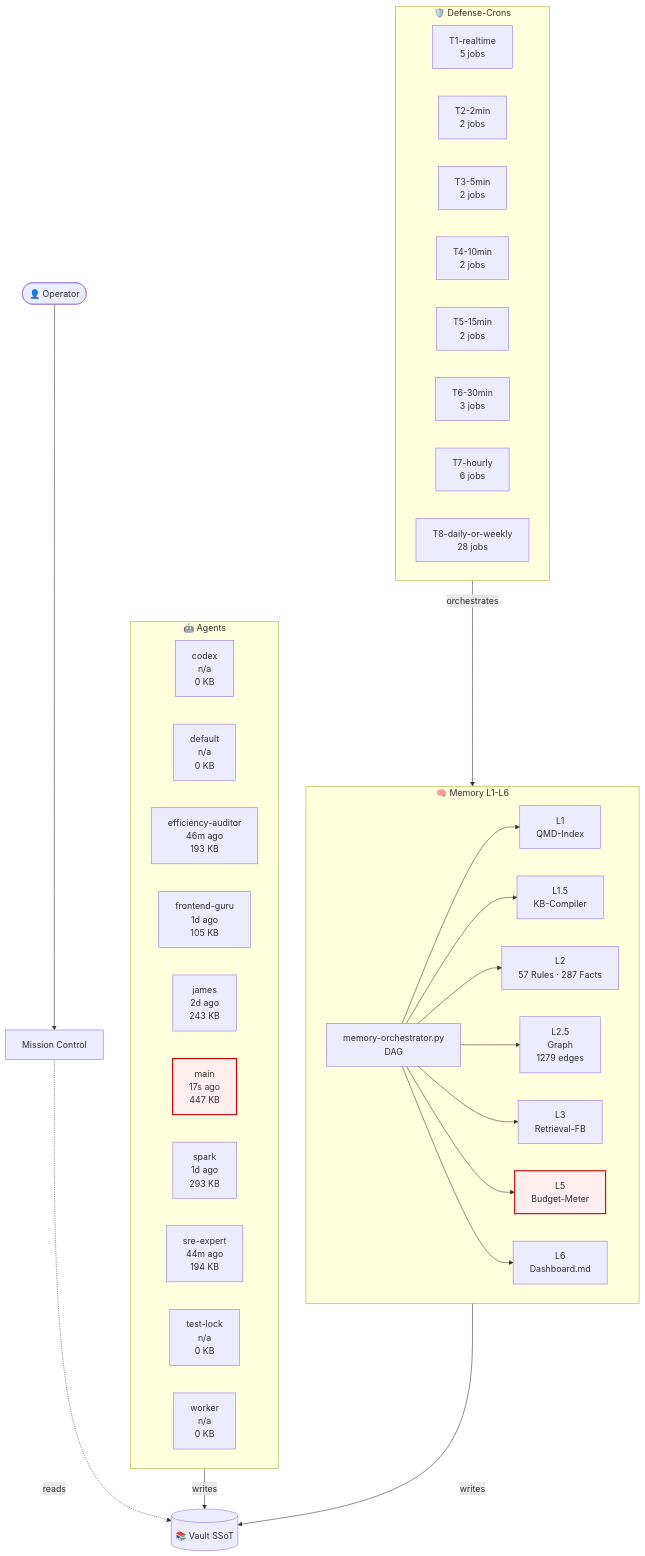
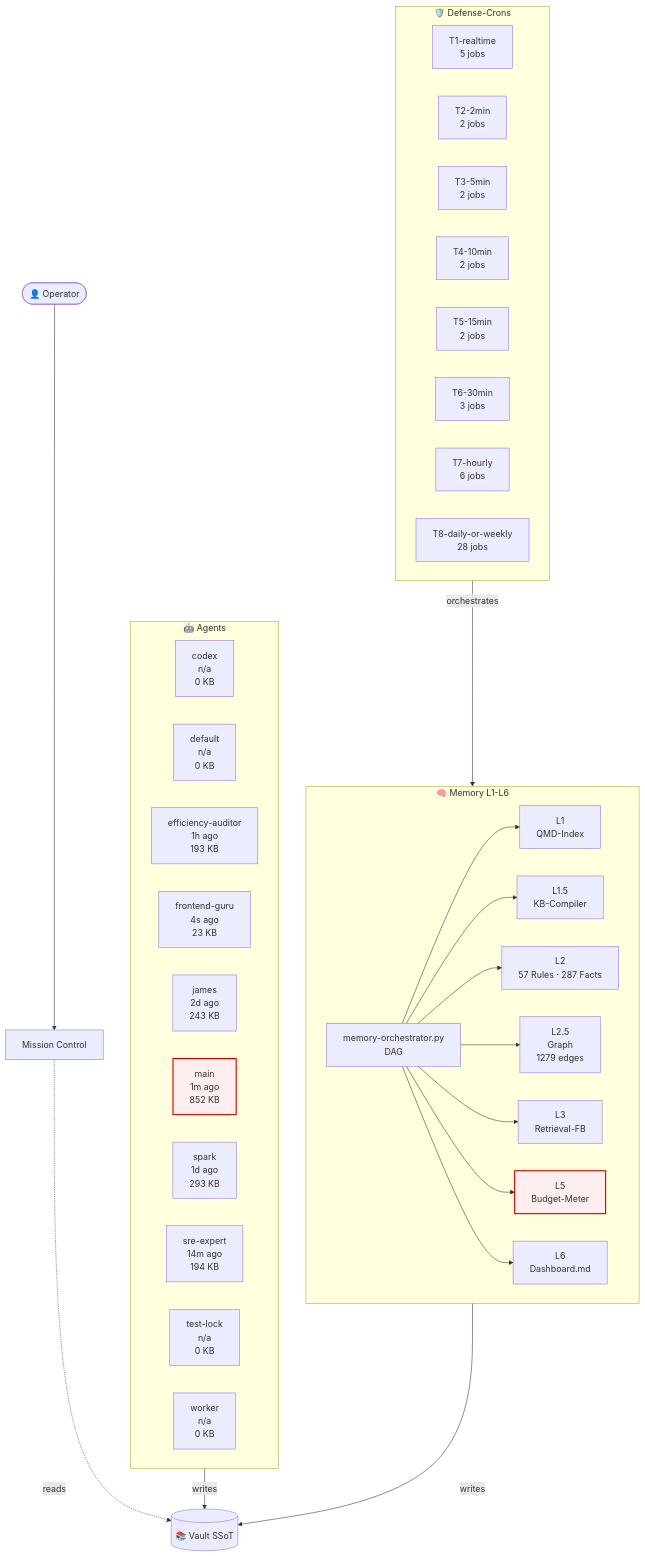
One commit to lenardhuebner88-rgb/openclaw-memory changed the diagram in 03-Agents/architecture-live.md. Above: the diagram before and after it, drawn with Mermaid. The commit also changed other lines of this file and 19 other files, not shown here.

````diff
--- a/03-Agents/architecture-live.md
+++ b/03-Agents/architecture-live.md
@@ -18,53 +18,53 @@
 ```mermaid
 flowchart TB
     classDef critical fill:#fee,stroke:#c00,stroke-width:2px;
     subgraph AGT["🤖 Agents"]
         agent_codex["codex<br/>n/a<br/>0 KB"]
         agent_default["default<br/>n/a<br/>0 KB"]
-        agent_efficiency_auditor["efficiency-auditor<br/>46m ago<br/>193 KB"]
-        agent_frontend_guru["frontend-guru<br/>1d ago<br/>105 KB"]
+        agent_efficiency_auditor["efficiency-auditor<br/>1h ago<br/>193 KB"]
+        agent_frontend_guru["frontend-guru<br/>4s ago<br/>23 KB"]
         agent_james["james<br/>2d ago<br/>243 KB"]
-        agent_main["main<br/>17s ago<br/>447 KB"]
+        agent_main["main<br/>1m ago<br/>852 KB"]
         agent_spark["spark<br/>1d ago<br/>293 KB"]
-        agent_sre_expert["sre-expert<br/>44m ago<br/>194 KB"]
+        agent_sre_expert["sre-expert<br/>14m ago<br/>194 KB"]
         agent_test_lock["test-lock<br/>n/a<br/>0 KB"]
         agent_worker["worker<br/>n/a<br/>0 KB"]
     end
     subgraph MEM["🧠 Memory L1-L6"]
         L1["L1<br/>QMD-Index"]
         L15["L1.5<br/>KB-Compiler"]
         L2["L2<br/>57 Rules · 287 Facts"]
         L25["L2.5<br/>Graph<br/>1279 edges"]
         L3["L3<br/>Retrieval-FB"]
         L5["L5<br/>Budget-Meter"]
         L6["L6<br/>Dashboard.md"]
         ORCH["memory-orchestrator.py<br/>DAG"]
     end
     subgraph CRN["🛡️ Defense-Crons"]
         tier_T1_realtime["T1-realtime<br/>5 jobs"]
         tier_T2_2min["T2-2min<br/>2 jobs"]
         tier_T3_5min["T3-5min<br/>2 jobs"]
         tier_T4_10min["T4-10min<br/>2 jobs"]
         tier_T5_15min["T5-15min<br/>2 jobs"]
         tier_T6_30min["T6-30min<br/>3 jobs"]
         tier_T7_hourly["T7-hourly<br/>6 jobs"]
         tier_T8_daily_or_weekly["T8-daily-or-weekly<br/>28 jobs"]
     end
     VAULT[("📚 Vault SSoT")]
     OP([👤 Operator])
     MC["Mission Control"]
     OP --> MC
     MC -.reads.-> VAULT
     AGT -->|writes| VAULT
     MEM -->|writes| VAULT
     ORCH --> L1
     ORCH --> L15
     ORCH --> L2
     ORCH --> L25
     ORCH --> L3
     ORCH --> L5
     ORCH --> L6
     CRN -->|orchestrates| MEM
     class L5 critical
     class agent_main critical
 ```
````
